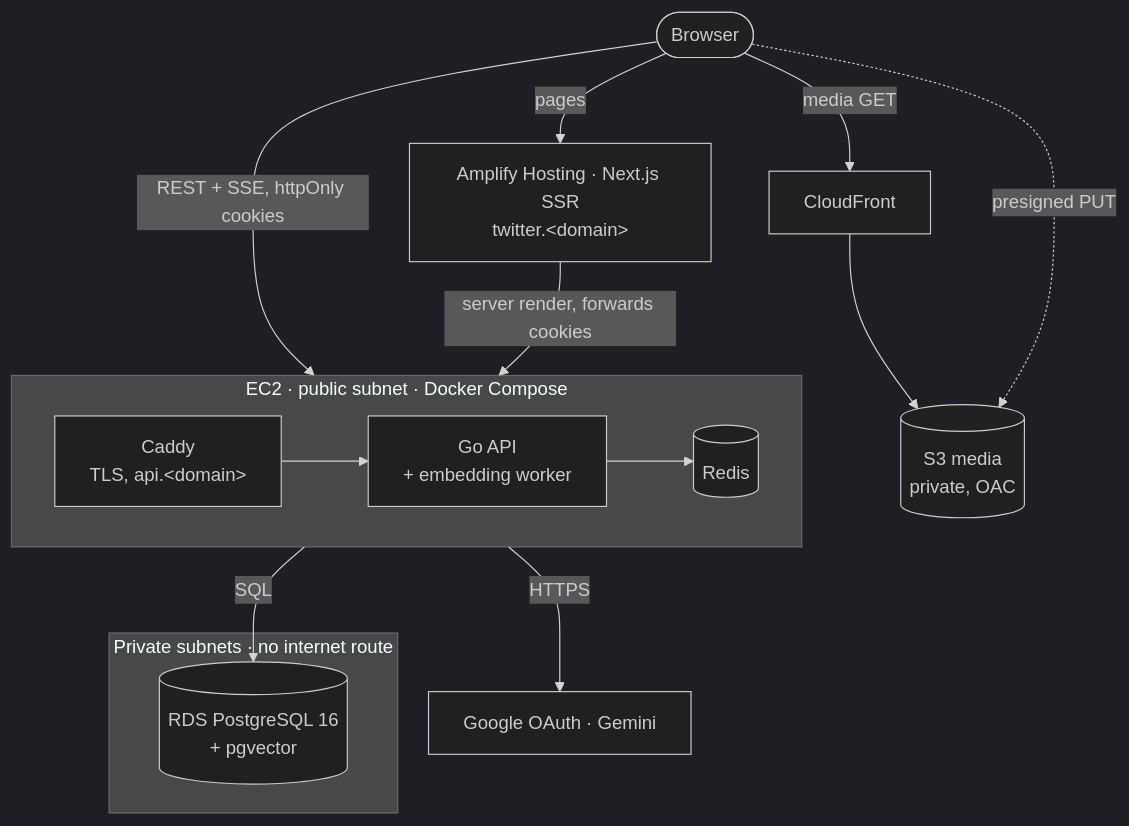
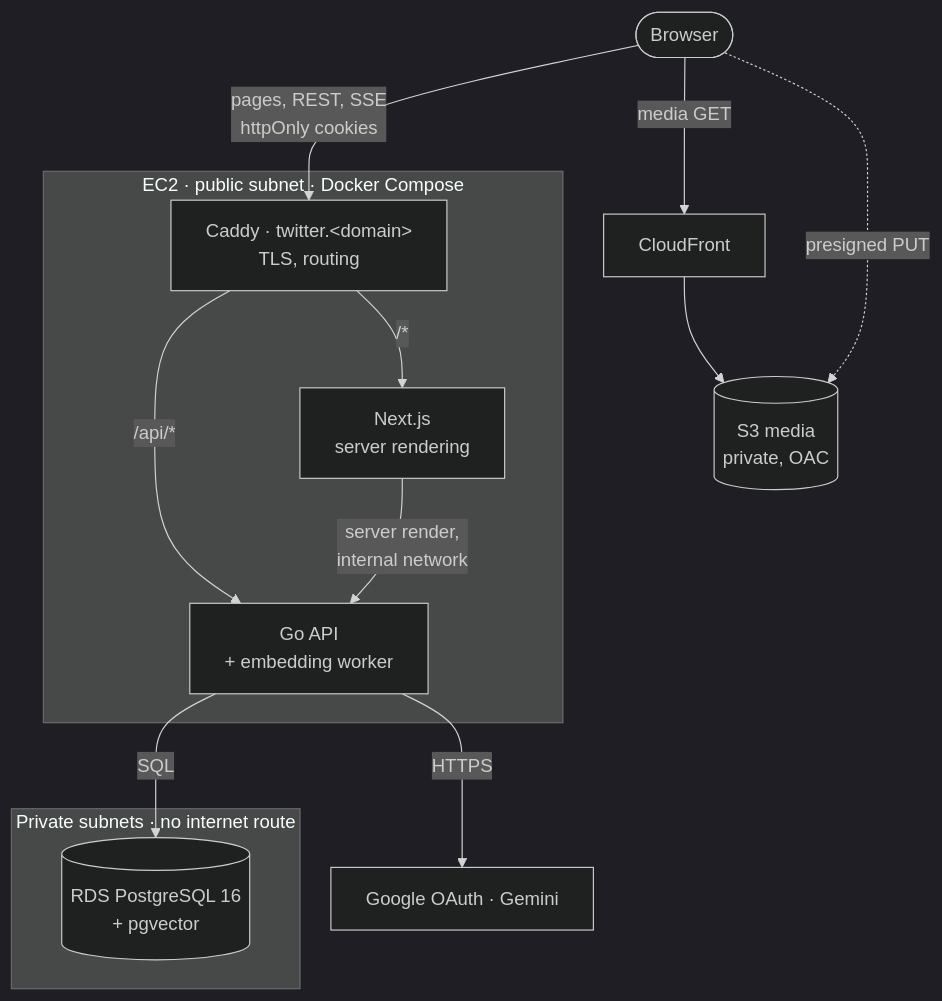
One commit to feifxi/twitter-clone changed the first of 2 diagrams in README.md. Above: the diagram before and after it, drawn with Mermaid (dark theme). The commit also changed other lines of this file and 28 other files, not shown here.

````diff
--- a/README.md
+++ b/README.md
@@ -37,26 +37,26 @@
 ```mermaid
 flowchart TB
   user(["Browser"])
-  amplify["Amplify Hosting · Next.js SSR<br/>twitter.&lt;domain&gt;"]
   cf["CloudFront"]
   s3[("S3 media<br/>private, OAC")]
 
   subgraph ec2["EC2 · public subnet · Docker Compose"]
-    direction LR
-    caddy["Caddy<br/>TLS, api.&lt;domain&gt;"] --> api["Go API<br/>+ embedding worker"]
-    api --> redis[("Redis")]
+    caddy["Caddy · twitter.&lt;domain&gt;<br/>TLS, routing"]
+    web["Next.js<br/>server rendering"]
+    api["Go API<br/>+ embedding worker"]
+    caddy -- "/*" --> web
+    caddy -- "/api/*" --> api
+    web -- "server render,<br/>internal network" --> api
   end
 
   subgraph priv["Private subnets · no internet route"]
     rds[("RDS PostgreSQL 16<br/>+ pgvector")]
   end
   ext["Google OAuth · Gemini"]
 
-  user -- pages --> amplify
-  user -- "REST + SSE, httpOnly cookies" --> caddy
-  amplify -- "server render, forwards cookies" --> caddy
+  user -- "pages, REST, SSE<br/>httpOnly cookies" --> caddy
   user -- "media GET" --> cf --> s3
   user -. "presigned PUT" .-> s3
   api -- SQL --> rds
   api -- HTTPS --> ext
 ```
````
